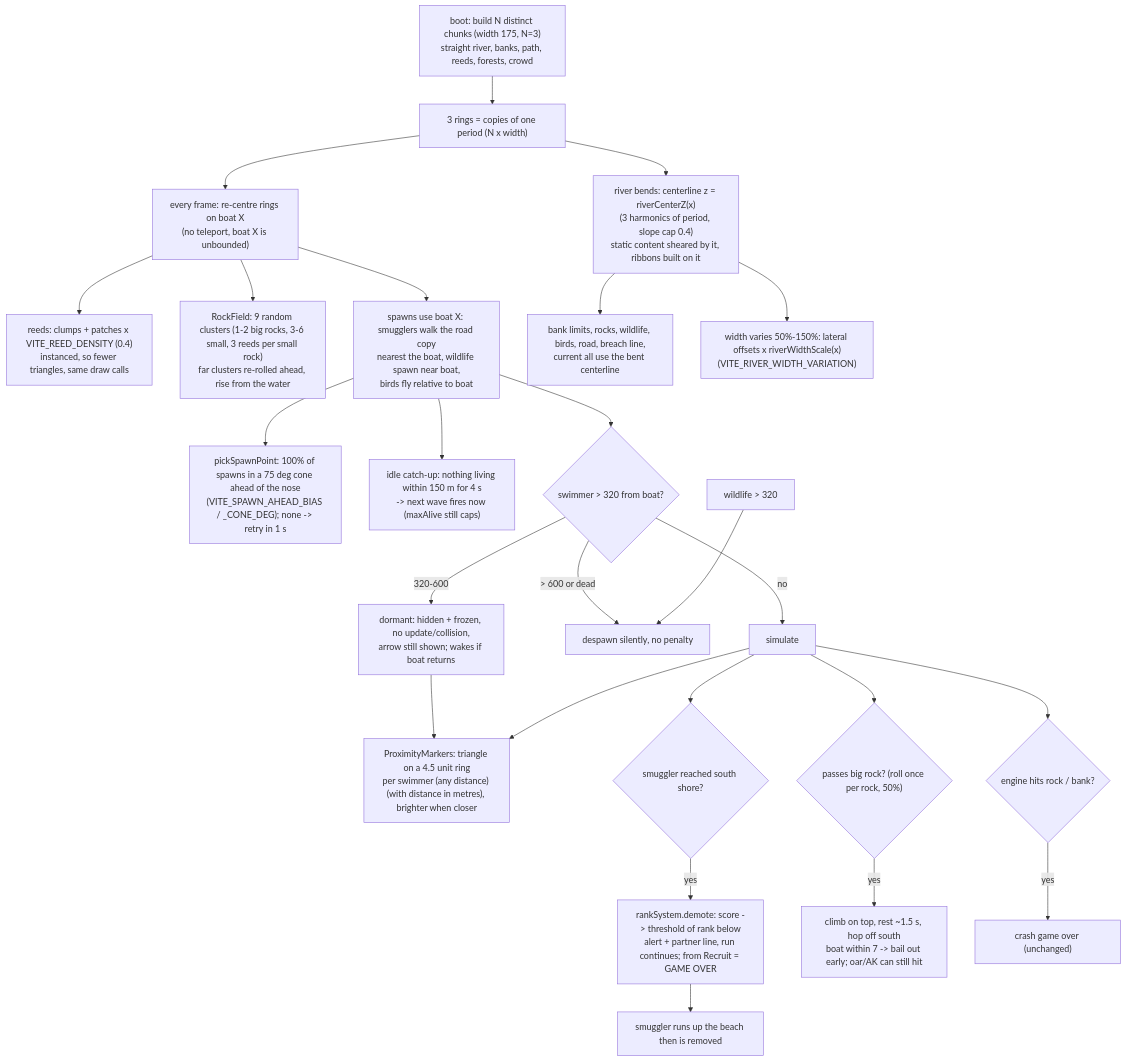
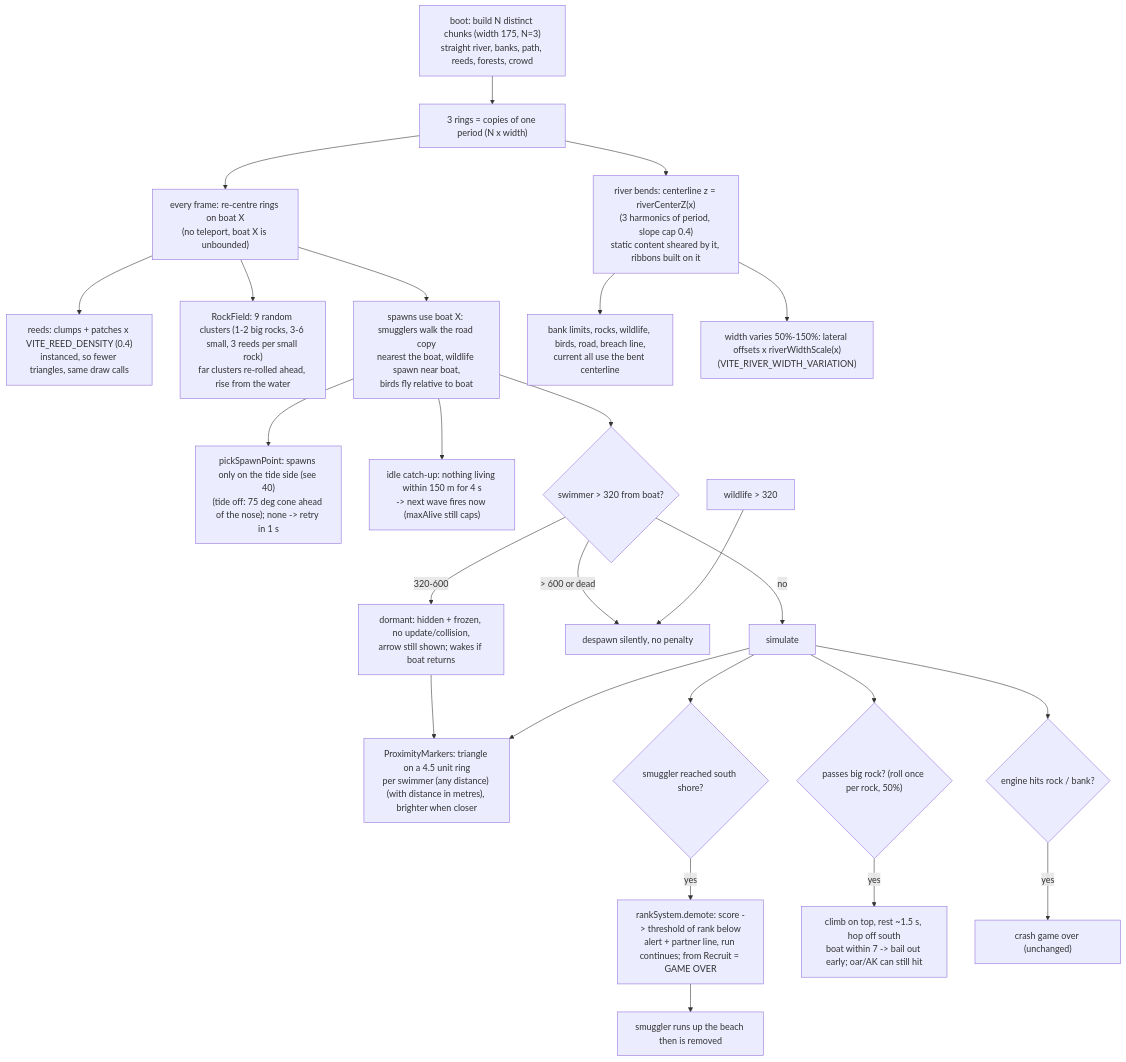
One commit to Protosnake/veslo changed the diagram in docs/features/37-endless-river.md. Above: the diagram before and after it, drawn with Mermaid. The commit also changed 8 other files, not shown here.

Commit message:
feat: tide spawning, swimmers come from one side that flips every 1-3 min

````diff
--- a/docs/features/37-endless-river.md
+++ b/docs/features/37-endless-river.md
@@ -5,27 +5,27 @@
 ```mermaid
 flowchart TD
     A["boot: build N distinct chunks (width 175, N=3)<br/>straight river, banks, path, reeds, forests, crowd"] --> B["3 rings = copies of one period (N x width)"]
     B --> C["every frame: re-centre rings on boat X<br/>(no teleport, boat X is unbounded)"]
     C --> V["reeds: clumps + patches x VITE_REED_DENSITY (0.4)<br/>instanced, so fewer triangles, same draw calls"]
     C --> D["RockField: 9 random clusters (1-2 big rocks, 3-6 small, 3 reeds per small rock)<br/>far clusters re-rolled ahead, rise from the water"]
     C --> E["spawns use boat X: smugglers walk the road copy<br/>nearest the boat, wildlife spawn near boat,<br/>birds fly relative to boat"]
-    E --> E2["pickSpawnPoint: 100% of spawns in a 75 deg cone ahead of the nose<br/>(VITE_SPAWN_AHEAD_BIAS / _CONE_DEG); none -> retry in 1 s"]
+    E --> E2["pickSpawnPoint: spawns only on the tide side (see 40)<br/>(tide off: 75 deg cone ahead of the nose); none -> retry in 1 s"]
     E --> E3["idle catch-up: nothing living within 150 m for 4 s<br/>-> next wave fires now (maxAlive still caps)"]
     E --> F{"swimmer > 320 from boat?"}
     F -->|"320-600"| D2["dormant: hidden + frozen, no update/collision,<br/>arrow still shown; wakes if boat returns"]
     F -->|"> 600 or dead"| G["despawn silently, no penalty"]
     F -->|no| H["simulate"]
     D2 --> M
     W["wildlife > 320"] --> G
     H --> M["ProximityMarkers: triangle on a 4.5 unit ring<br/>per swimmer (any distance) (with distance in metres), brighter when closer"]
     H --> I{"smuggler reached south shore?"}
     I -->|yes| J["rankSystem.demote: score -> threshold of rank below<br/>alert + partner line, run continues; from Recruit = GAME OVER"]
     J --> K["smuggler runs up the beach then is removed"]
     B --> BN["river bends: centerline z = riverCenterZ(x)<br/>(3 harmonics of period, slope cap 0.4)<br/>static content sheared by it, ribbons built on it"]
     BN --> BG["bank limits, rocks, wildlife, birds, road, breach line,<br/>current all use the bent centerline"]
     BN --> WD["width varies 50%-150%: lateral offsets x riverWidthScale(x)<br/>(VITE_RIVER_WIDTH_VARIATION)"]
     H --> RR{"passes big rock? (roll once per rock, 50%)"}
     RR -->|yes| RK["climb on top, rest ~1.5 s, hop off south<br/>boat within 7 -> bail out early; oar/AK can still hit"]
     H --> L{"engine hits rock / bank?"}
     L -->|yes| N["crash game over (unchanged)"]
 ```
````
